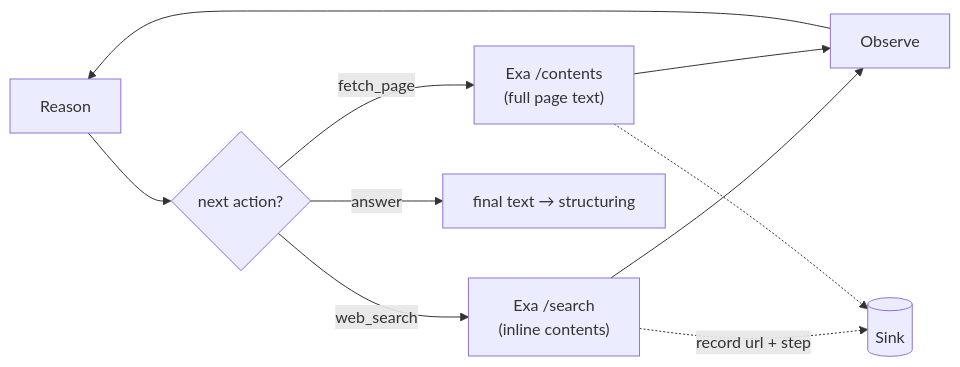
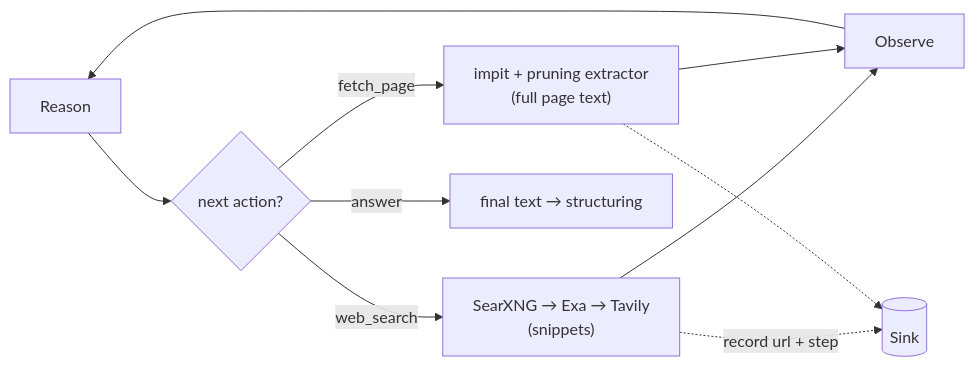
One commit to simonbalfe/openclaygent changed the third of 3 diagrams in docs/architecture.md. Above: the diagram before and after it, drawn with Mermaid. The commit also changed other lines of this file and 28 other files, not shown here.

First line of the commit message:
Build out fetch/search ladders, LinkedIn tools, Docker stack; sync docs

````diff
--- a/docs/architecture.md
+++ b/docs/architecture.md
@@ -50,10 +50,10 @@
 ```mermaid
 flowchart LR
   R["Reason"] --> D{"next action?"}
-  D -- web_search --> WS["Exa /search<br/>(inline contents)"] --> O["Observe"]
-  D -- fetch_page --> FP["Exa /contents<br/>(full page text)"] --> O
+  D -- web_search --> WS["SearXNG → Exa → Tavily<br/>(snippets)"] --> O["Observe"]
+  D -- fetch_page --> FP["impit + pruning extractor<br/>(full page text)"] --> O
   O --> R
   D -- answer --> A["final text → structuring"]
   WS -.->|"record url + step"| SINK[("Sink")]
   FP -.-> SINK
 ```
````
